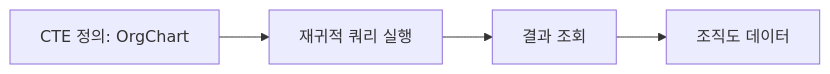
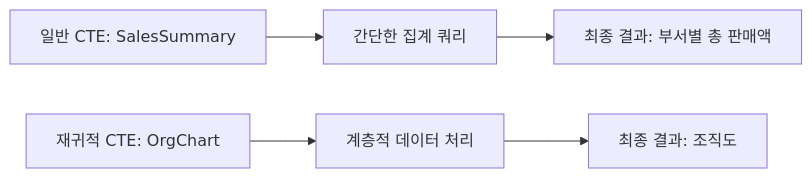
Before and after one commit to data-jeong/FromSQLBasicsToPro-MySQL: the diagram in 3.Advanced/01_Advanced_Query_Techniques/1.CTE/README.md, drawn with Mermaid. The commit also changed other lines of this file, not shown here.

````diff
--- a/3.Advanced/01_Advanced_Query_Techniques/1.CTE/README.md
+++ b/3.Advanced/01_Advanced_Query_Techniques/1.CTE/README.md
@@ -46,6 +49,7 @@
 ```mermaid
 graph LR
-    A[CTE 정의: OrgChart] --> B[재귀적 쿼리 실행]
-    B --> C[결과 조회]
-    C --> D[조직도 데이터]
+    A[일반 CTE: SalesSummary] --> B[간단한 집계 쿼리]
+    C[재귀적 CTE: OrgChart] --> D[계층적 데이터 처리]
+    B --> E[최종 결과: 부서별 총 판매액]
+    D --> F[최종 결과: 조직도]
 ```
````
